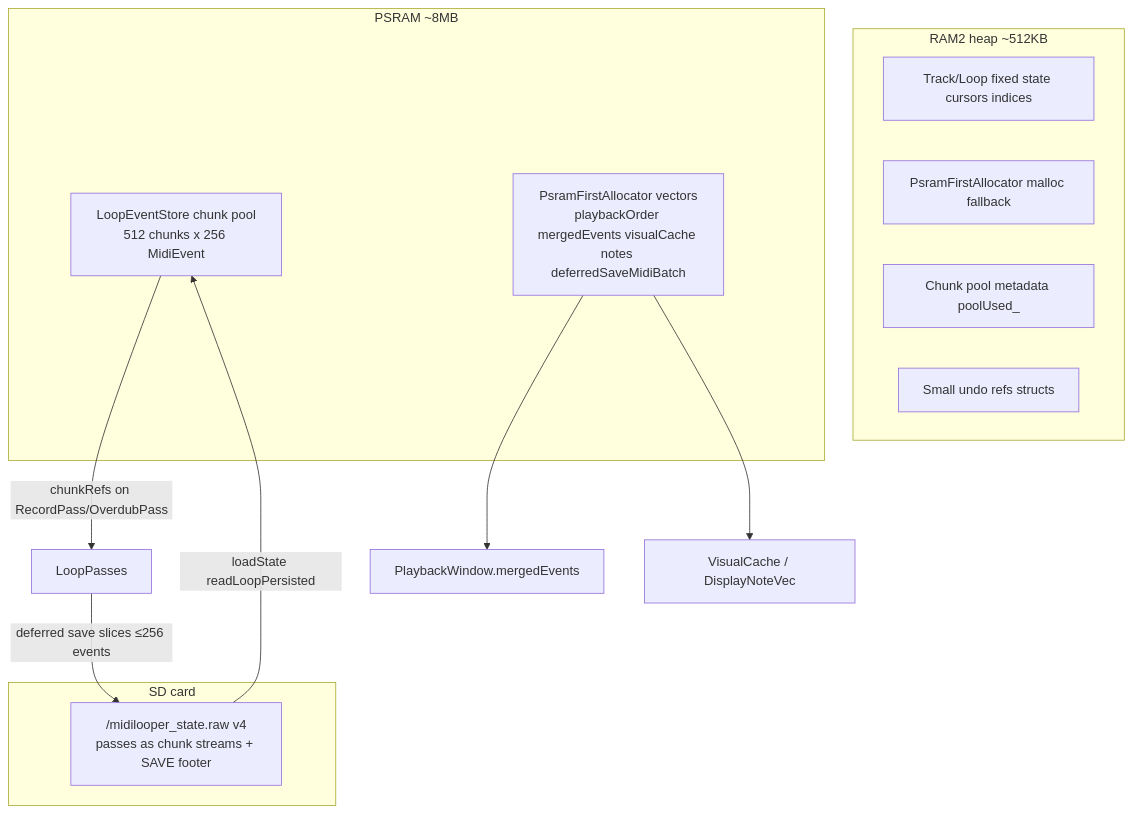
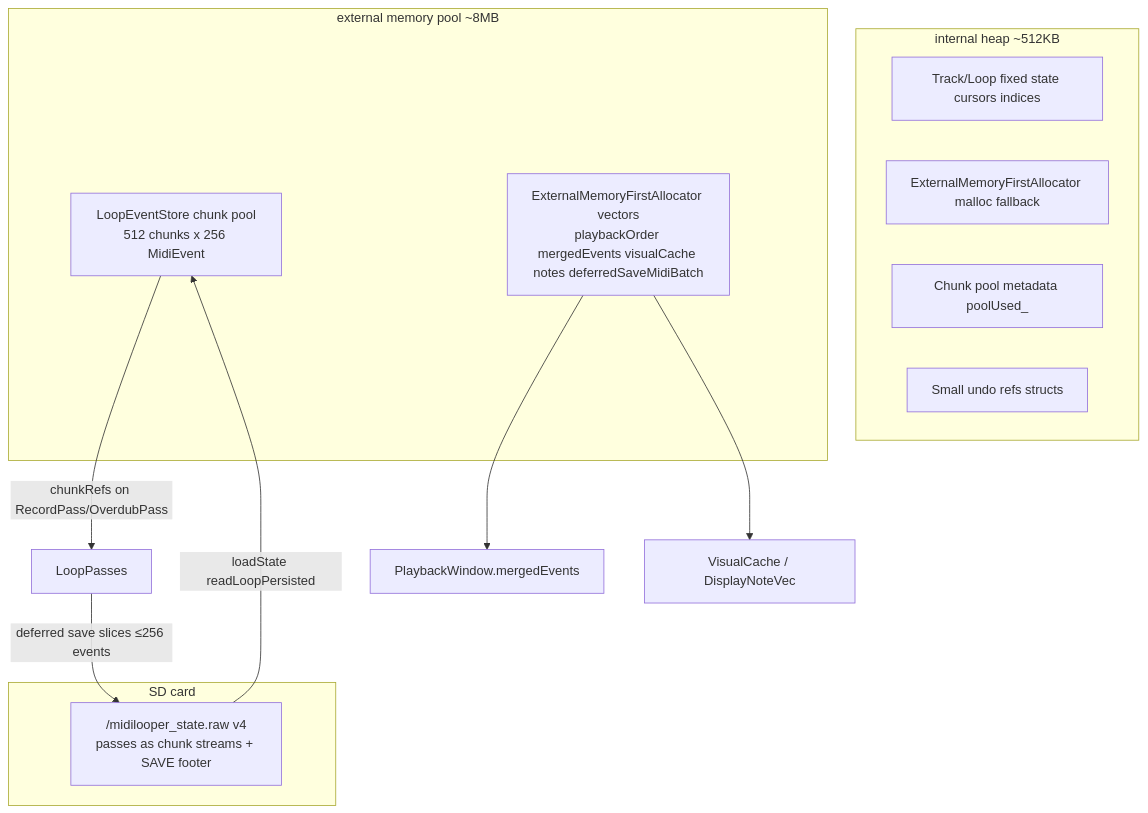
The first of 4 diagrams in docs/plans/record_overdub_memory_display_timeline_enhancement.md (Lytrix/MidiLooper), drawn with Mermaid before and after one commit. The commit also changed other lines of this file and 47 other files, not shown here.

````diff
--- a/docs/plans/record_overdub_memory_display_timeline_enhancement.md
+++ b/docs/plans/record_overdub_memory_display_timeline_enhancement.md
@@ -29,24 +29,24 @@
 ```mermaid
 flowchart TB
-  subgraph ram2 [RAM2 heap ~512KB]
+  subgraph internalHeap [internal heap ~512KB]
     hotState[Track/Loop fixed state cursors indices]
-    mallocFallback[PsramFirstAllocator malloc fallback]
+    mallocFallback[ExternalMemoryFirstAllocator malloc fallback]
     poolMeta[Chunk pool metadata poolUsed_]
     undoSmall[Small undo refs structs]
   end
 
-  subgraph psram [PSRAM ~8MB]
+  subgraph externalMemory [external memory pool ~8MB]
     chunkPool["LoopEventStore chunk pool\n512 chunks x 256 MidiEvent"]
-    psramVecs["PsramFirstAllocator vectors\nplaybackOrder mergedEvents visualCache notes deferredSaveMidiBatch"]
+    externalVecs["ExternalMemoryFirstAllocator vectors\nplaybackOrder mergedEvents visualCache notes deferredSaveMidiBatch"]
   end
 
   subgraph sd [SD card]
     v4file["/midilooper_state.raw v4\npasses as chunk streams + SAVE footer"]
   end
 
   chunkPool -->|"chunkRefs on RecordPass/OverdubPass"| passes[LoopPasses]
-  psramVecs --> playbackWin[PlaybackWindow.mergedEvents]
-  psramVecs --> displayNotes[VisualCache / DisplayNoteVec]
+  externalVecs --> playbackWin[PlaybackWindow.mergedEvents]
+  externalVecs --> displayNotes[VisualCache / DisplayNoteVec]
   passes -->|"deferred save slices ≤256 events"| v4file
   v4file -->|"loadState readLoopPersisted"| chunkPool
 ```
````
